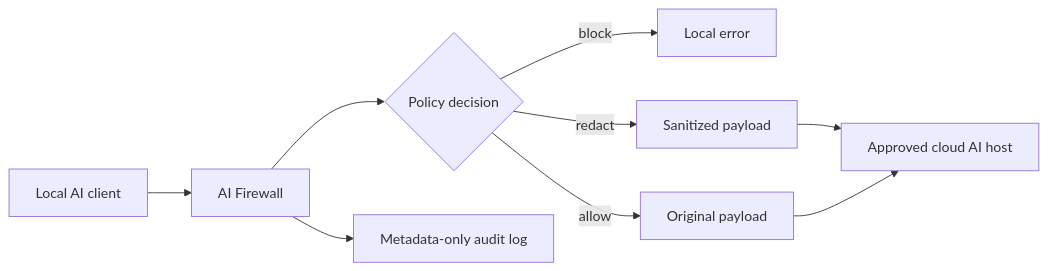
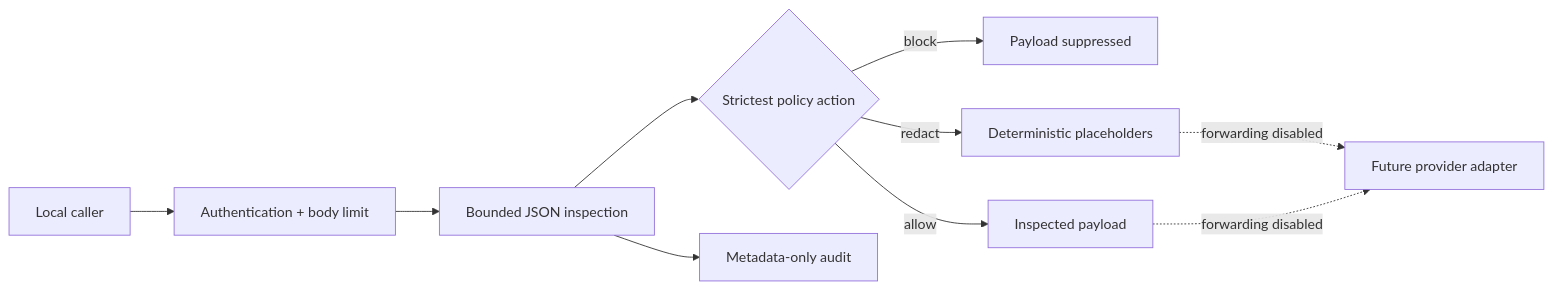
Before and after one commit to manufaujdar/ai-firewall: the diagram in README.md, drawn with Mermaid. The commit also changed other lines of this file and 30 other files, not shown here.

````diff
--- a/README.md
+++ b/README.md
@@ -57,11 +66,12 @@
 ```mermaid
 flowchart LR
-    A[Local AI client] --> B[AI Firewall]
-    B --> C{Policy decision}
-    C -->|block| D[Local error]
-    C -->|redact| E[Sanitized payload]
-    C -->|allow| F[Original payload]
-    E --> G[Approved cloud AI host]
-    F --> G
-    B --> H[Metadata-only audit log]
+    A["Local caller"] --> B["Authentication + body limit"]
+    B --> C["Bounded JSON inspection"]
+    C --> D{"Strictest policy action"}
+    D -->|block| E["Payload suppressed"]
+    D -->|redact| F["Deterministic placeholders"]
+    D -->|allow| G["Inspected payload"]
+    C --> H["Metadata-only audit"]
+    F -. "forwarding disabled" .-> I["Future provider adapter"]
+    G -. "forwarding disabled" .-> I
 ```
````
